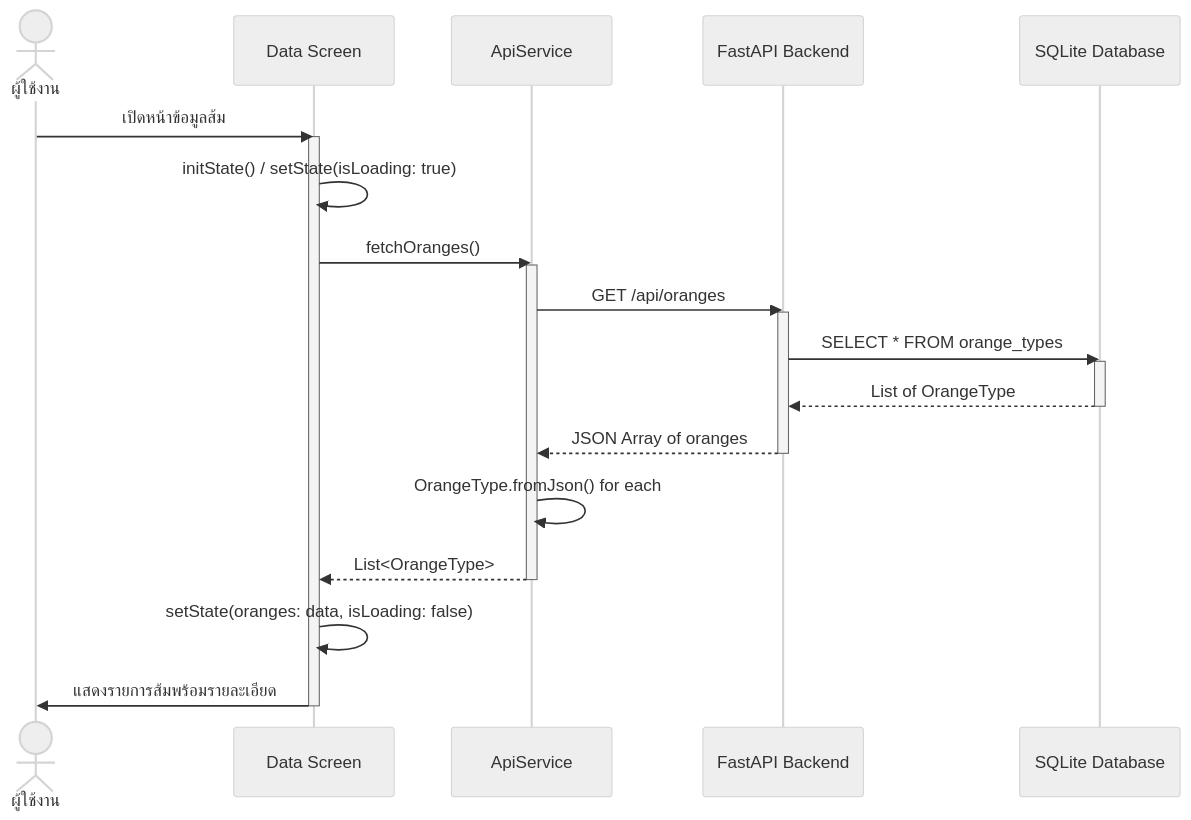
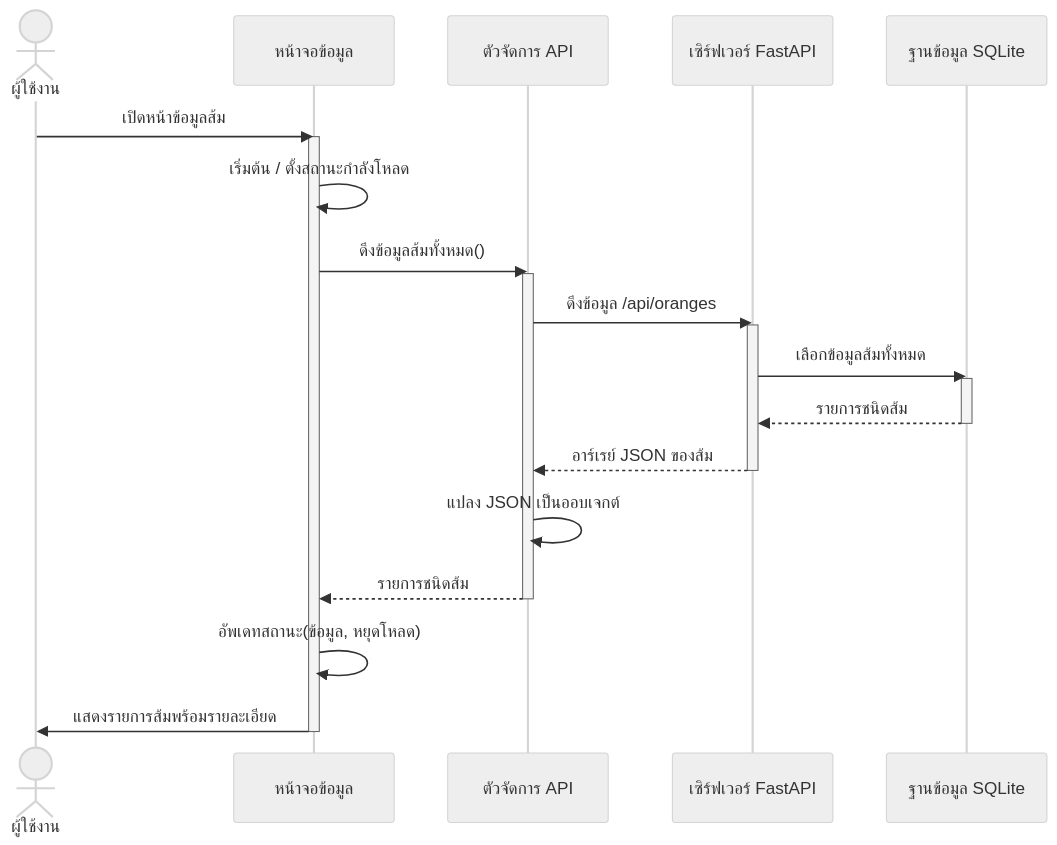
Before and after one commit to MyFirstKiss/Flutter-app-for-orange-price-calculation: the second of 5 diagrams in docs/sequence-diagram.md, drawn with Mermaid (neutral theme). The commit also changed other lines of this file, not shown here.

Commit message:
แปล sequence diagrams เปนภาษาไทยทงหมด (participants, steps, และ key points)

````diff
--- a/docs/sequence-diagram.md
+++ b/docs/sequence-diagram.md
@@ -49,34 +49,34 @@
 ```mermaid
 sequenceDiagram
     actor User as ผู้ใช้งาน
-    participant UI as Data Screen
-    participant API as ApiService
-    participant Backend as FastAPI Backend
-    participant DB as SQLite Database
+    participant UI as หน้าจอข้อมูล
+    participant API as ตัวจัดการ API
+    participant Backend as เซิร์ฟเวอร์ FastAPI
+    participant DB as ฐานข้อมูล SQLite
     
     User->>UI: เปิดหน้าข้อมูลส้ม
     
     activate UI
-    UI->>UI: initState() / setState(isLoading: true)
-    UI->>API: fetchOranges()
+    UI->>UI: เริ่มต้น / ตั้งสถานะกำลังโหลด
+    UI->>API: ดึงข้อมูลส้มทั้งหมด()
     
     activate API
-    API->>Backend: GET /api/oranges
+    API->>Backend: ดึงข้อมูล /api/oranges
     
     activate Backend
-    Backend->>DB: SELECT * FROM orange_types
+    Backend->>DB: เลือกข้อมูลส้มทั้งหมด
     activate DB
-    DB-->>Backend: List of OrangeType
+    DB-->>Backend: รายการชนิดส้ม
     deactivate DB
     
-    Backend-->>API: JSON Array of oranges
+    Backend-->>API: อาร์เรย์ JSON ของส้ม
     deactivate Backend
     
-    API->>API: OrangeType.fromJson() for each
-    API-->>UI: List<OrangeType>
+    API->>API: แปลง JSON เป็นออบเจกต์
+    API-->>UI: รายการชนิดส้ม
     deactivate API
     
-    UI->>UI: setState(oranges: data, isLoading: false)
+    UI->>UI: อัพเดทสถานะ(ข้อมูล, หยุดโหลด)
     UI->>User: แสดงรายการส้มพร้อมรายละเอียด
     deactivate UI
 ```
````
